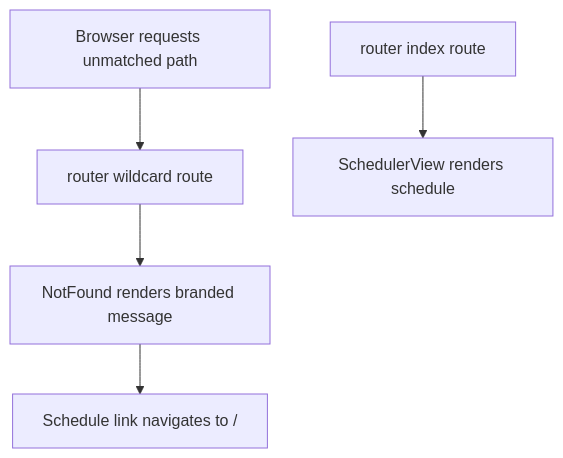
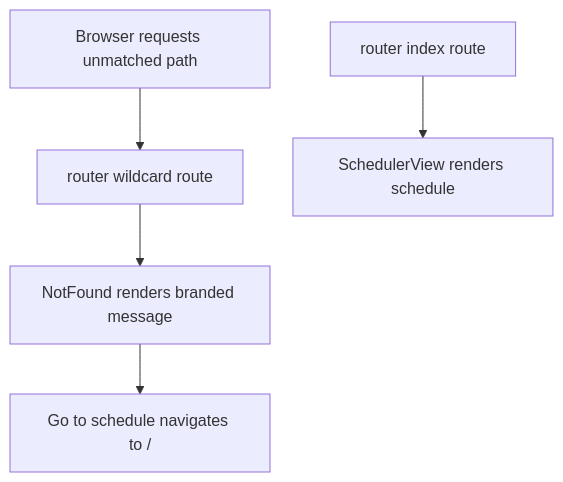
Before and after one commit to Kevinjohn/capacitylens: the second of 2 diagrams in user-stories/navigation/US-NAV-18-not-found-route.md, drawn with Mermaid. The commit also changed other lines of this file and 119 other files, not shown here.

First line of the commit message:
docs: correct story text and flow diagrams against current source

````diff
--- a/user-stories/navigation/US-NAV-18-not-found-route.md
+++ b/user-stories/navigation/US-NAV-18-not-found-route.md
@@ -34,7 +34,7 @@
 ```mermaid
 flowchart TD
   url["Browser requests unmatched path"] --> route["router wildcard route"]
   route --> page["NotFound renders branded message"]
-  page --> link["Schedule link navigates to /"]
+  page --> link["Go to schedule navigates to /"]
   root["router index route"] --> schedule["SchedulerView renders schedule"]
 ```
````
